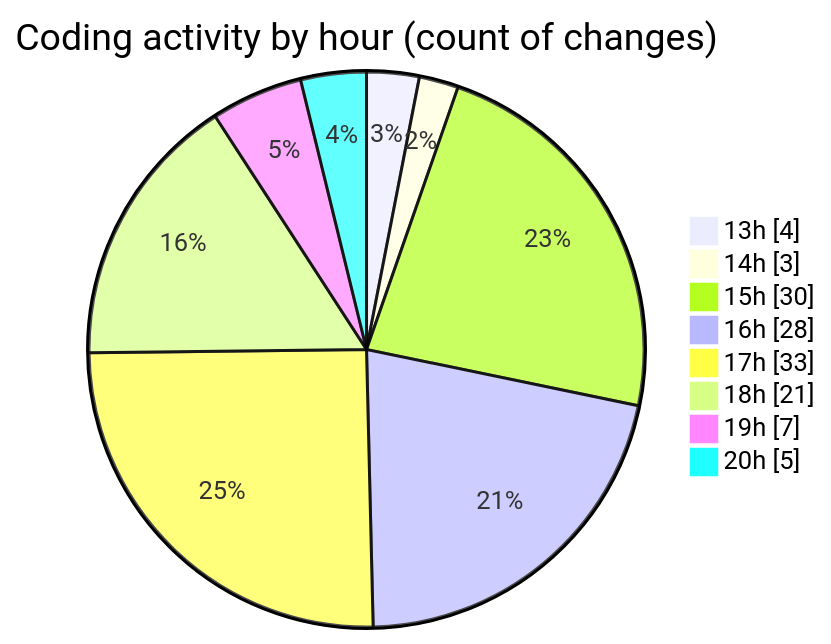
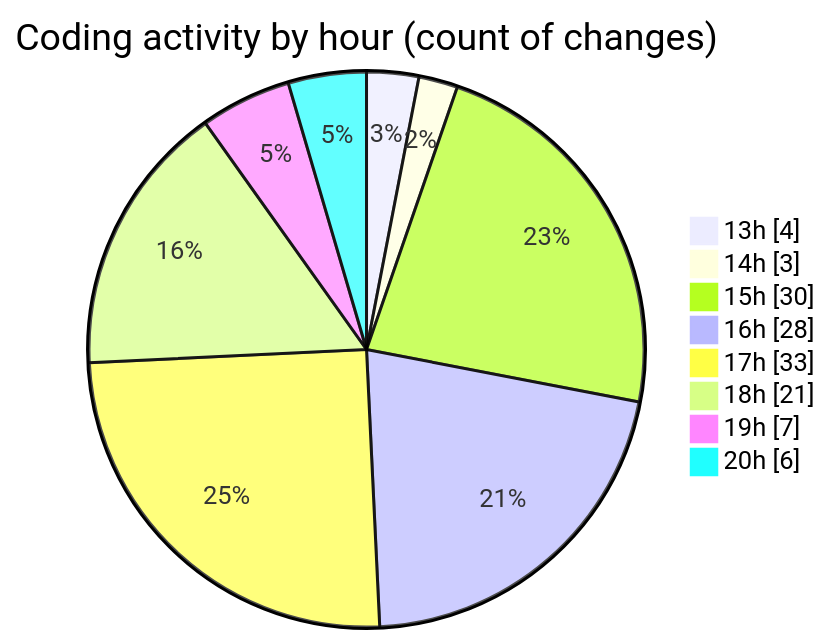
One commit to EIIisD/code-tracking changed the second of 2 diagrams in 2025-08-11/ribbon/README.md. Above: the diagram before and after it, drawn with Mermaid. The commit also changed other lines of this file and 1 other file, not shown here.

````diff
--- a/2025-08-11/ribbon/README.md
+++ b/2025-08-11/ribbon/README.md
@@ -52,12 +52,12 @@
 ```mermaid
 pie showData
 title Coding activity by hour (count of changes)
 "13h" : 4
 "14h" : 3
 "15h" : 30
 "16h" : 28
 "17h" : 33
 "18h" : 21
 "19h" : 7
-"20h" : 5
+"20h" : 6
 ```
````
